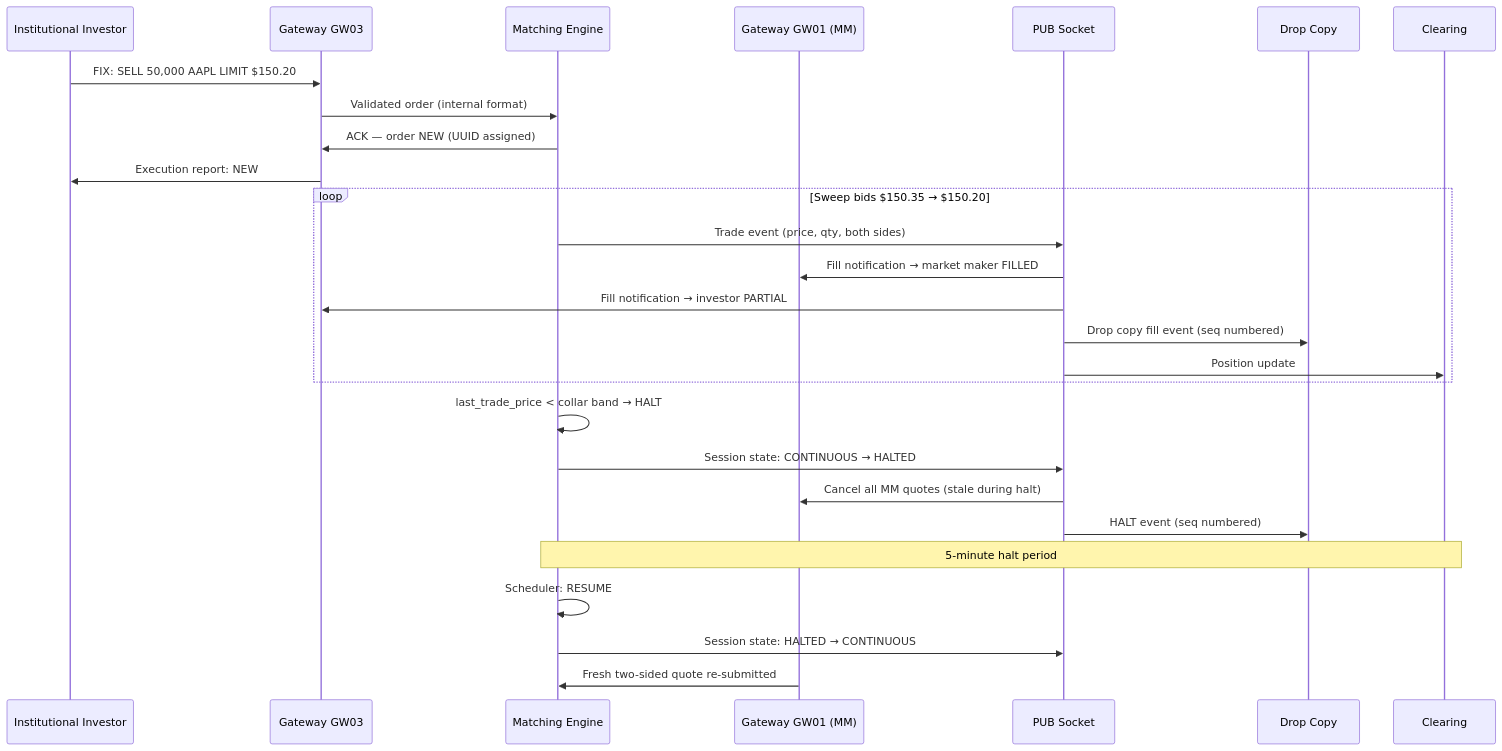
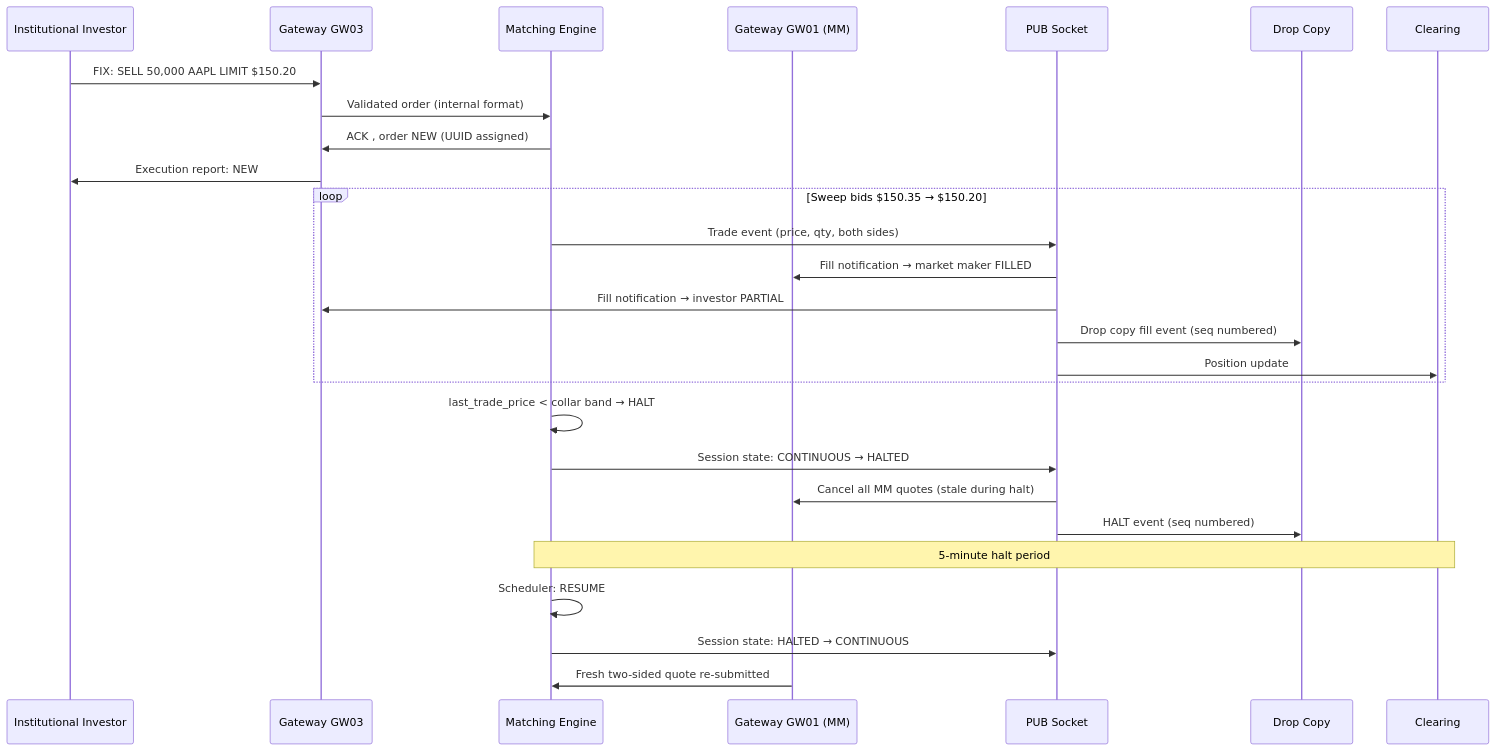
Before and after one commit to johan162/EduMatcher: the diagram in docs-exchange-intro/src/02-orders-and-matching/11-putting-it-all-together.md, drawn with Mermaid. The commit also changed 28 other files, not shown here.

````diff
--- a/docs-exchange-intro/src/02-orders-and-matching/11-putting-it-all-together.md
+++ b/docs-exchange-intro/src/02-orders-and-matching/11-putting-it-all-together.md
@@ -39,34 +39,34 @@
 ```{.mermaid width=600}
 sequenceDiagram
     participant INV as Institutional Investor
     participant GW3 as Gateway GW03
     participant ME as Matching Engine
     participant GW1 as Gateway GW01 (MM)
     participant PUB as PUB Socket
     participant DC as Drop Copy
     participant CL as Clearing
 
     INV->>GW3: FIX: SELL 50,000 AAPL LIMIT $150.20
     GW3->>ME: Validated order (internal format)
-    ME->>GW3: ACK — order NEW (UUID assigned)
+    ME->>GW3: ACK , order NEW (UUID assigned)
     GW3->>INV: Execution report: NEW
 
     loop Sweep bids $150.35 → $150.20
         ME->>PUB: Trade event (price, qty, both sides)
         PUB->>GW1: Fill notification → market maker FILLED
         PUB->>GW3: Fill notification → investor PARTIAL
         PUB->>DC: Drop copy fill event (seq numbered)
         PUB->>CL: Position update
     end
 
     ME->>ME: last_trade_price < collar band → HALT
     ME->>PUB: Session state: CONTINUOUS → HALTED
     PUB->>GW1: Cancel all MM quotes (stale during halt)
     PUB->>DC: HALT event (seq numbered)
 
     Note over ME,CL: 5-minute halt period
 
     ME->>ME: Scheduler: RESUME
     ME->>PUB: Session state: HALTED → CONTINUOUS
     GW1->>ME: Fresh two-sided quote re-submitted
 ```
````
